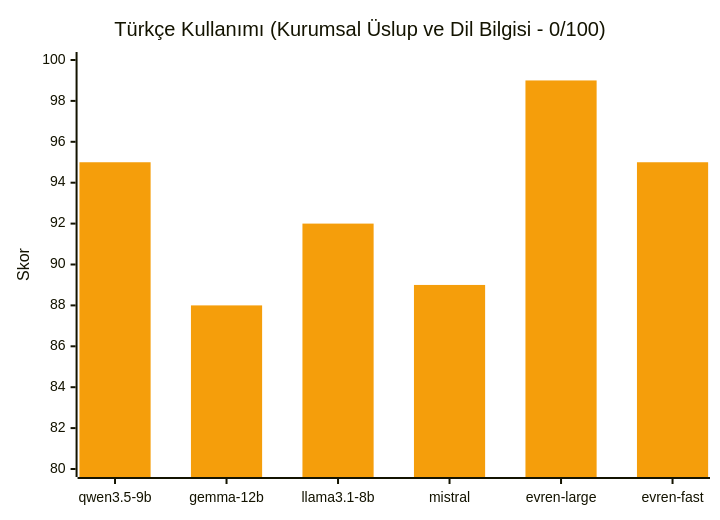
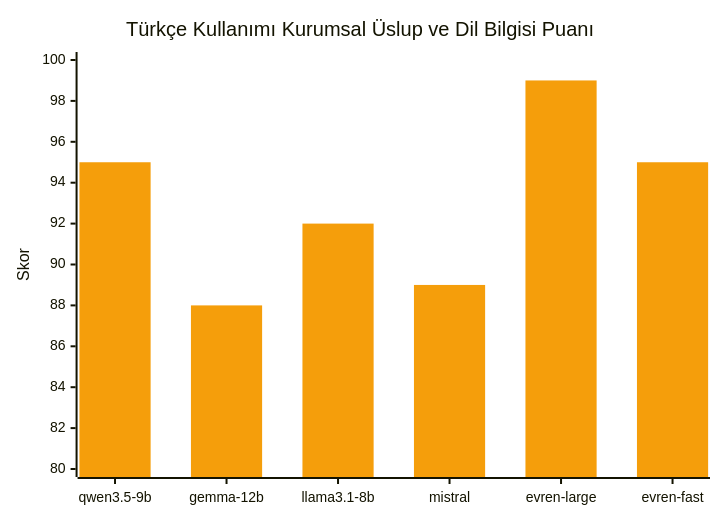
Diagram 14 of 17 in README.md (chyp3r/KACHOW-Teknofest-2026), drawn with Mermaid before and after one commit. The commit also changed other lines of this file and 1 other file, not shown here.

````diff
--- a/README.md
+++ b/README.md
@@ -628,8 +676,8 @@
 ```mermaid
 %%{init: { 'theme': 'base', 'themeVariables': { 'xyChart': {'plotColorPalette': '#f59e0b'} } } }%%
 xychart-beta
-    title "Türkçe Kullanımı (Kurumsal Üslup ve Dil Bilgisi - 0/100)"
+    title "Türkçe Kullanımı Kurumsal Üslup ve Dil Bilgisi Puanı"
     x-axis ["qwen3.5-9b", "gemma-12b", "llama3.1-8b", "mistral", "evren-large", "evren-fast"]
     y-axis "Skor" 80 --> 100
     bar [95, 88, 92, 89, 99, 95]
 ```
````
